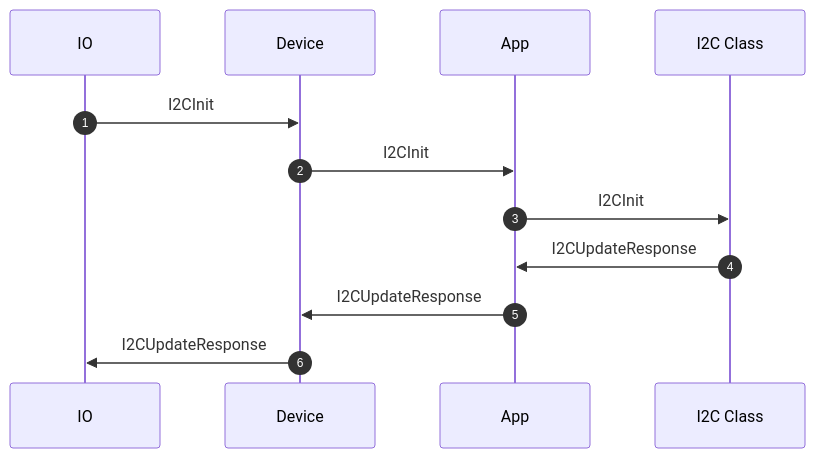
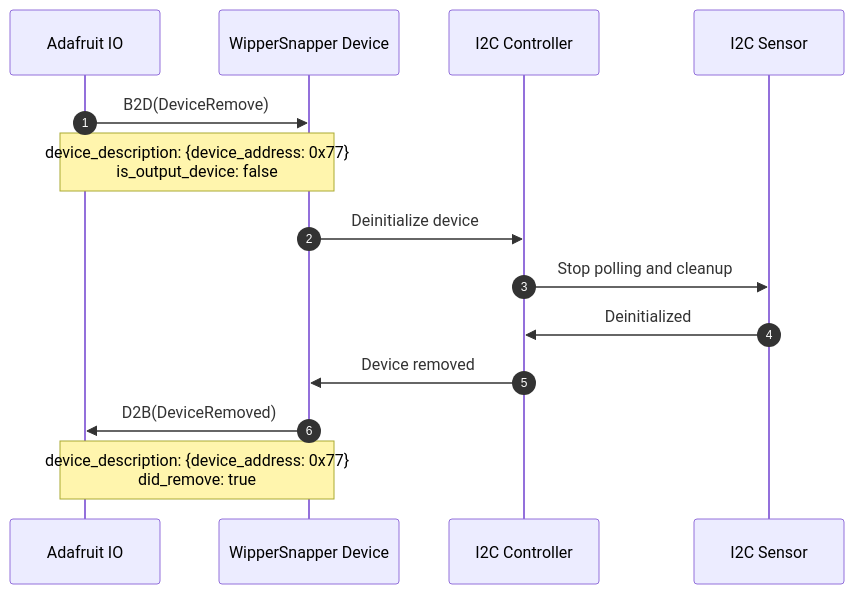
Before and after one commit to adafruit/Wippersnapper_Protobuf: the fifth of 5 diagrams in proto/wippersnapper/docs/i2c.md, drawn with Mermaid. The commit also changed other lines of this file and 4 other files, not shown here.

Commit message:
Add v2 docs / update mermaid diagrams

````diff
--- a/proto/wippersnapper/docs/i2c.md
+++ b/proto/wippersnapper/docs/i2c.md
@@ -56,11 +166,19 @@
 ```mermaid
 sequenceDiagram
 autonumber
+participant IO as Adafruit IO
+participant Device as WipperSnapper Device
+participant I2C as I2C Controller
+participant Sensor as I2C Sensor
 
-IO->>Device: I2CInit
-Device->>App: I2CInit
-App->>I2C Class: I2CInit
-I2C Class->>App: I2CUpdateResponse
-App->>Device: I2CUpdateResponse
-Device->>IO: I2CUpdateResponse
+IO->>Device: B2D(DeviceRemove)
+Note over IO,Device: device_description: {device_address: 0x77}<br/>is_output_device: false
+
+Device->>I2C: Deinitialize device
+I2C->>Sensor: Stop polling and cleanup
+Sensor->>I2C: Deinitialized
+
+I2C->>Device: Device removed
+Device->>IO: D2B(DeviceRemoved)
+Note over Device,IO: device_description: {device_address: 0x77}<br/>did_remove: true
 ```
````
